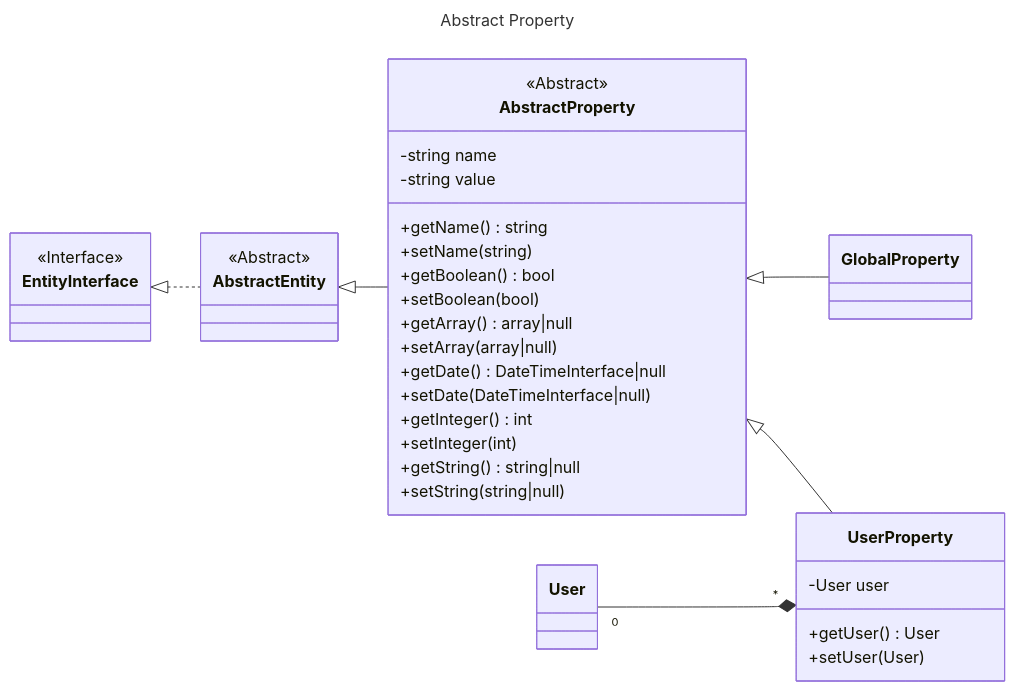
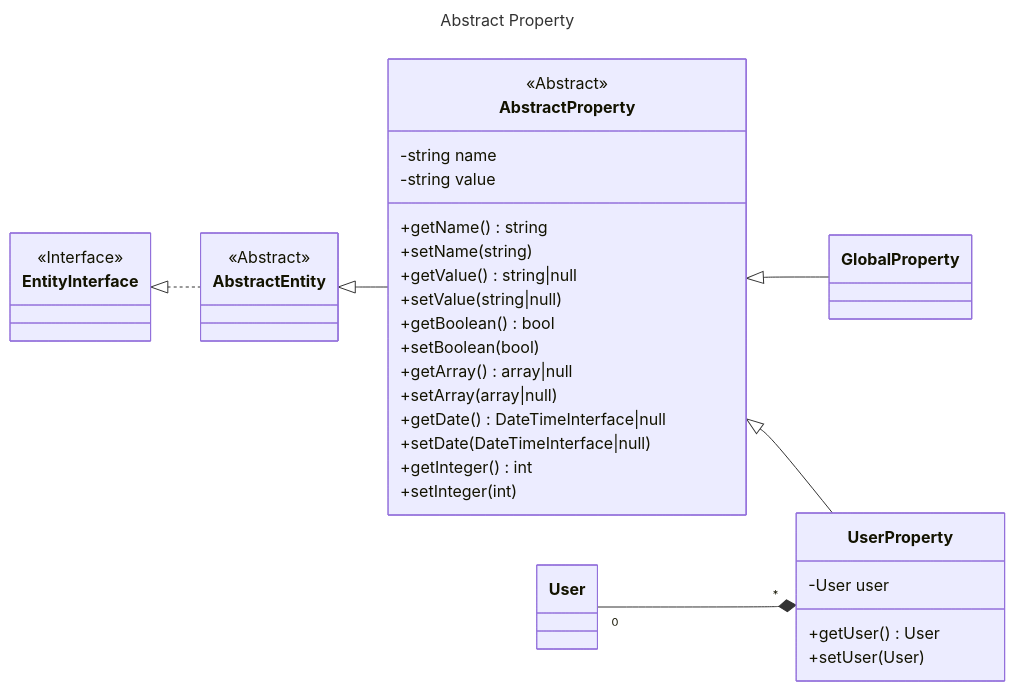
The diagram in resources/diagrams/abstract_property.mmd (laurentmuller/calculation), drawn with Mermaid before and after one commit. The commit also changed 18 other files, not shown here.

Commit message:
UPdate diagram layout.

```diff
--- a/resources/diagrams/abstract_property.mmd
+++ b/resources/diagrams/abstract_property.mmd
@@ -1,47 +1,47 @@
 ---
 title: Abstract Property
 ---
 classDiagram
     direction LR
 
     class AbstractProperty {
         <<Abstract>>
         -string name
         -string value
         +getName() string
         +setName(string)
+        +getValue() string|null
+        +setValue(string|null)
         +getBoolean() bool
         +setBoolean(bool)
         +getArray() array|null
         +setArray(array|null)
         +getDate() DateTimeInterface|null
         +setDate(DateTimeInterface|null)
         +getInteger() int
         +setInteger(int)
-        +getString() string|null
-        +setString(string|null)
     }
 
     class EntityInterface {
         <<Interface>>
     }
 
     class AbstractEntity {
         <<Abstract>>
     }
 
     class UserProperty {
         -User user
         +getUser() User
         +setUser(User)
     }
 
     EntityInterface <|.. AbstractEntity
     AbstractEntity <|-- AbstractProperty
     AbstractProperty <|-- GlobalProperty
     AbstractProperty <|-- UserProperty
     User "0" --* "*" UserProperty
 
     click EntityInterface call nodeCallback()
     click AbstractEntity call nodeCallback()
     click User call nodeCallback()
```
